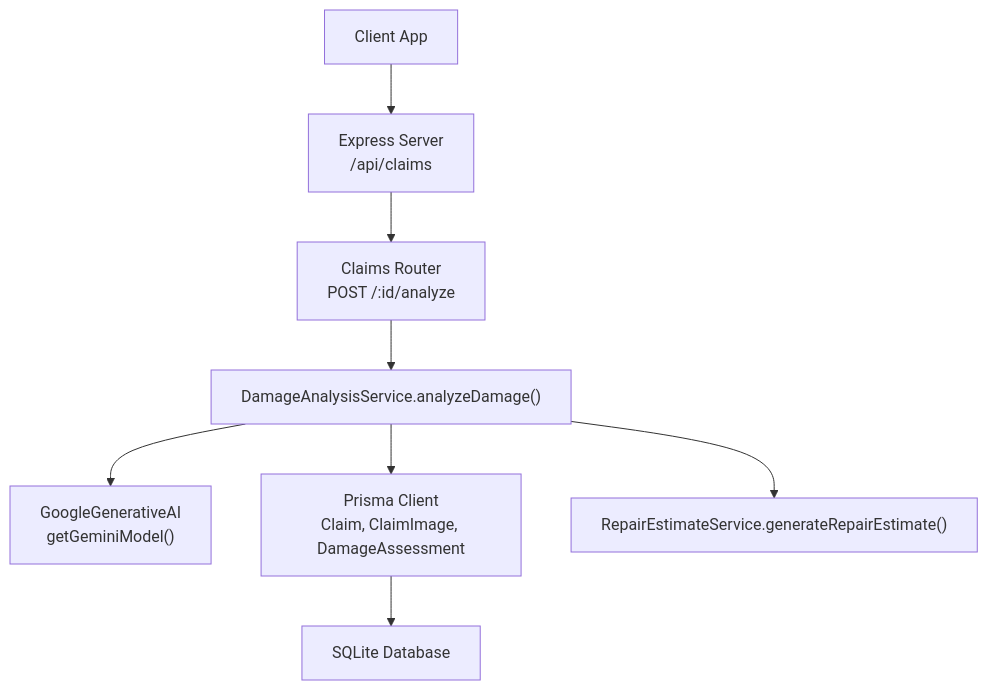
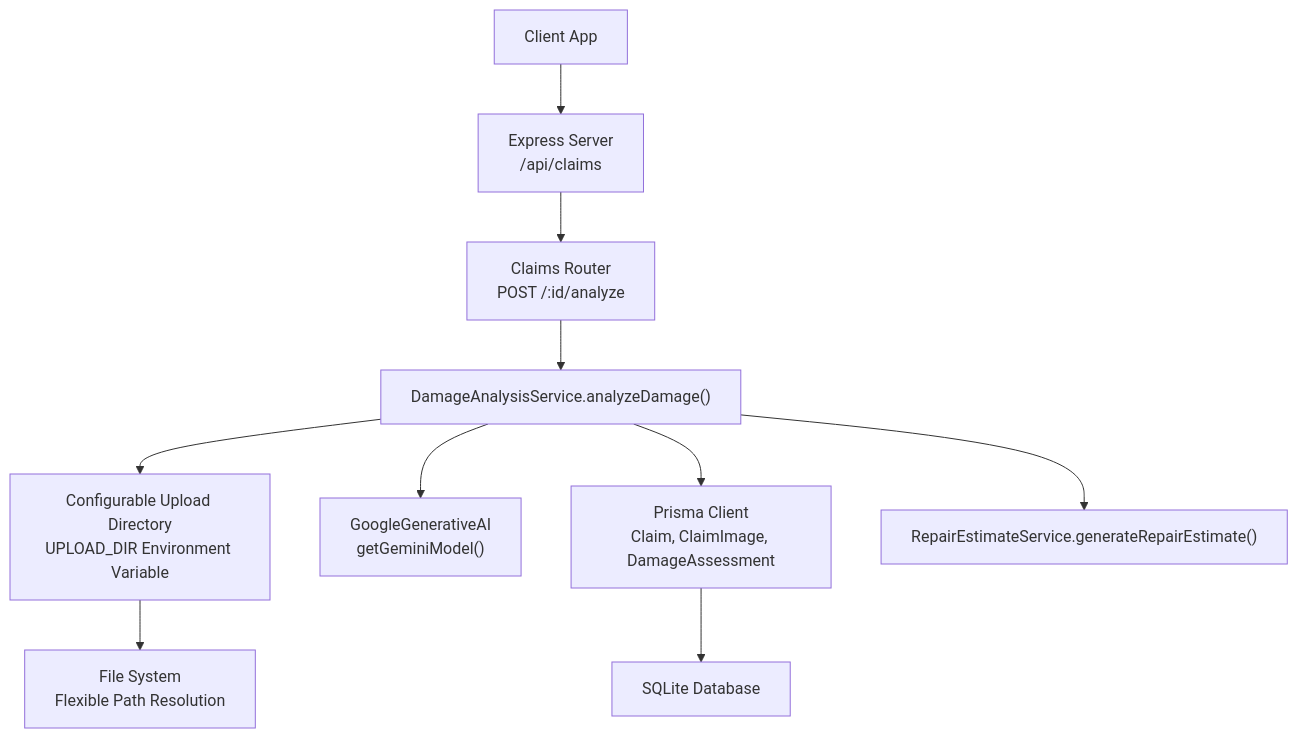
Before and after one commit to NaveenHiranya/Smart-Vehicle-Insurance-Claim-System: the first of 6 diagrams in .qoder/repowiki/en/content/Backend Documentation/Business Logic & Services/Damage Analysis Service.md, drawn with Mermaid. The commit also changed other lines of this file and 65 other files, not shown here.

````diff
--- a/.qoder/repowiki/en/content/Backend Documentation/Business Logic & Services/Damage Analysis Service.md
+++ b/.qoder/repowiki/en/content/Backend Documentation/Business Logic & Services/Damage Analysis Service.md
@@ -32,10 +45,12 @@
 ```mermaid
 graph TB
 Client["Client App"] --> API["Express Server<br/>/api/claims"]
 API --> ClaimsRoute["Claims Router<br/>POST /:id/analyze"]
 ClaimsRoute --> DAS["DamageAnalysisService.analyzeDamage()"]
+DAS --> Config["Configurable Upload Directory<br/>UPLOAD_DIR Environment Variable"]
 DAS --> Gemini["GoogleGenerativeAI<br/>getGeminiModel()"]
 DAS --> Prisma["Prisma Client<br/>Claim, ClaimImage, DamageAssessment"]
 DAS --> RepairEst["RepairEstimateService.generateRepairEstimate()"]
+Config --> FS["File System<br/>Flexible Path Resolution"]
 Prisma --> DB["SQLite Database"]
 ```
````
